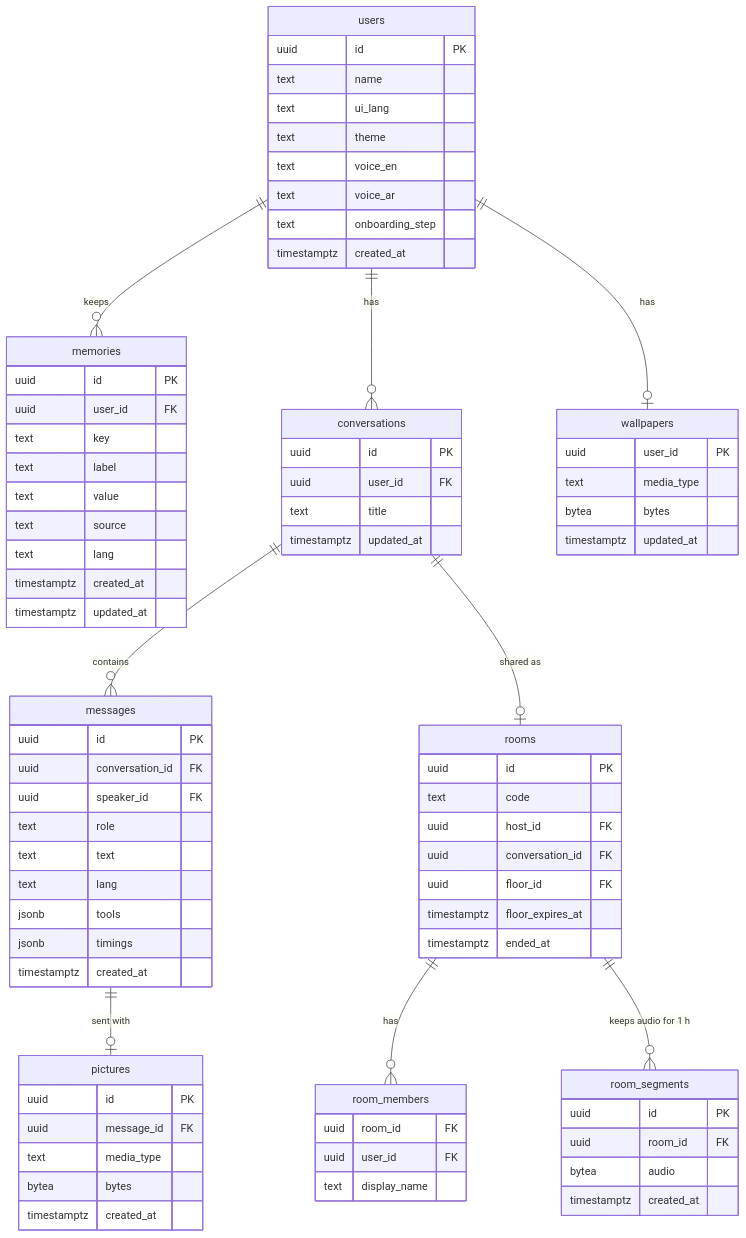
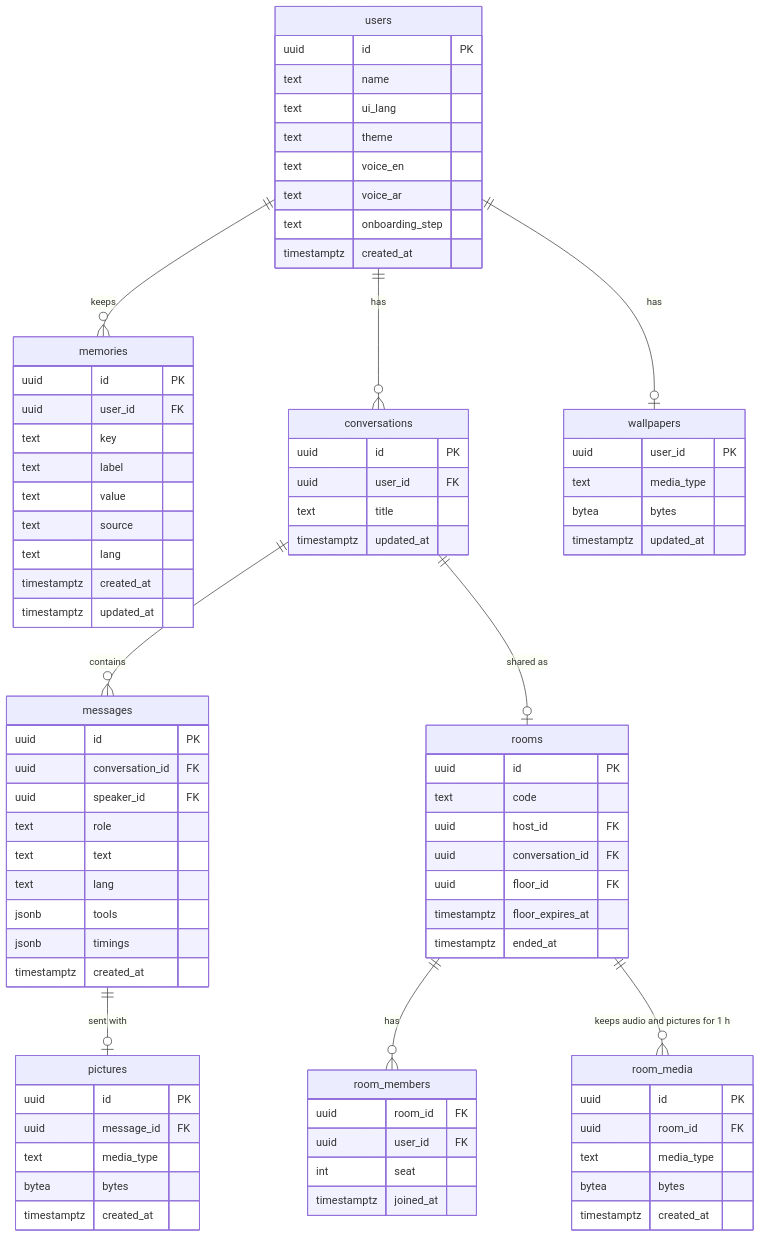
Before and after one commit to Turki-Sh/Sarjy: the fifth of 5 diagrams in docs/02-ARCHITECTURE.md, drawn with Mermaid. The commit also changed other lines of this file and 65 other files, not shown here.

````diff
--- a/docs/02-ARCHITECTURE.md
+++ b/docs/02-ARCHITECTURE.md
@@ -556,7 +569,7 @@
   users ||--o| wallpapers : "has"
   conversations ||--o| rooms : "shared as"
   rooms ||--o{ room_members : has
-  rooms ||--o{ room_segments : "keeps audio for 1 h"
+  rooms ||--o{ room_media : "keeps audio and pictures for 1 h"
   users {
     uuid id PK
     text name
@@ -620,12 +633,14 @@
   room_members {
     uuid room_id FK
     uuid user_id FK
-    text display_name
+    int seat
+    timestamptz joined_at
   }
-  room_segments {
+  room_media {
     uuid id PK
     uuid room_id FK
-    bytea audio
+    text media_type
+    bytea bytes
     timestamptz created_at
   }
 ```
````
